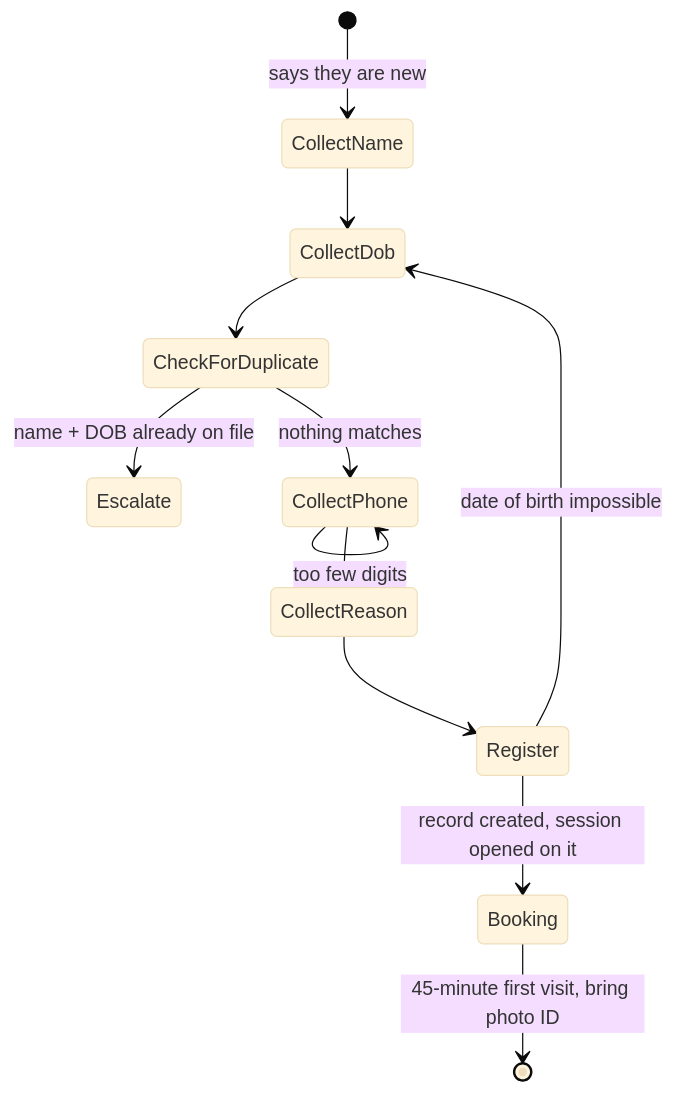
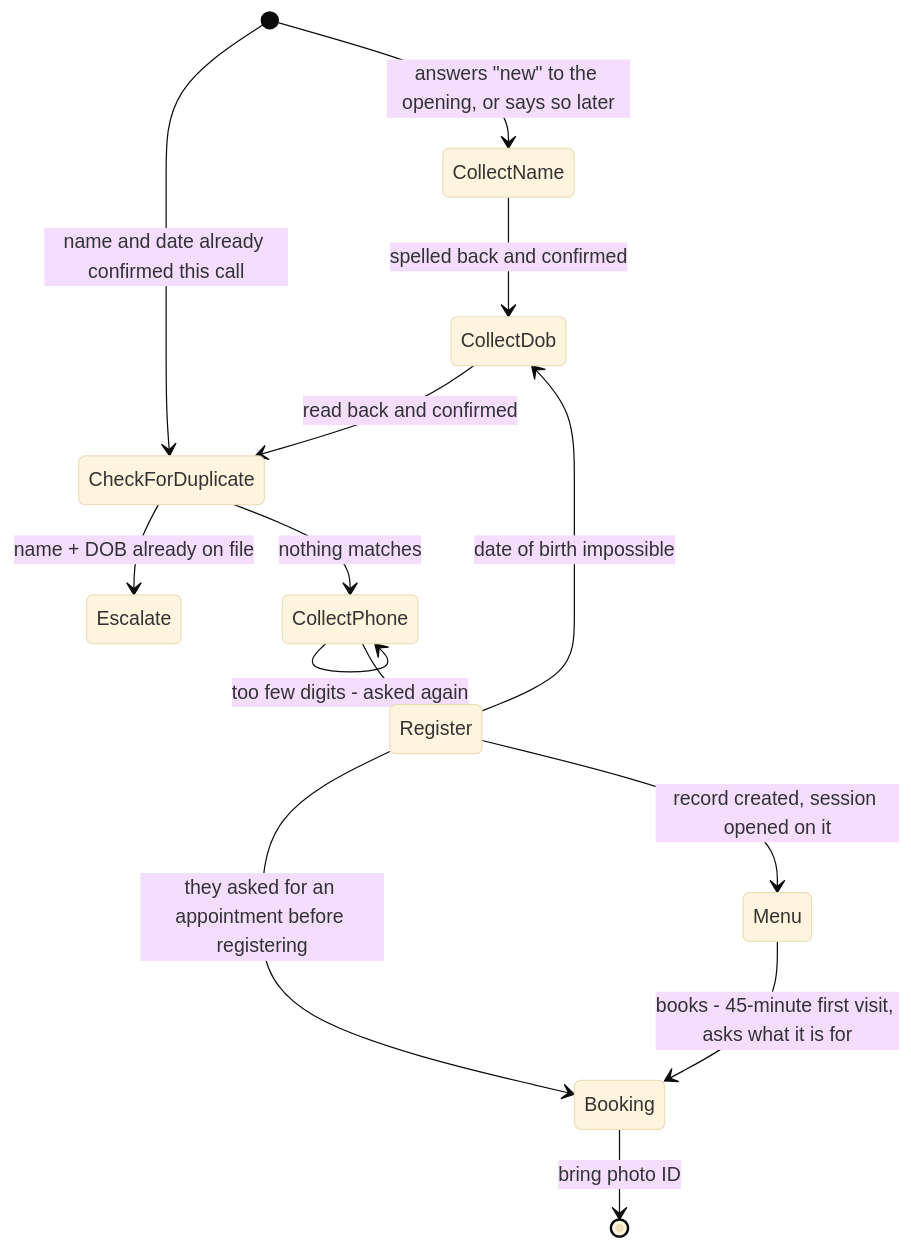
The second of 4 diagrams in docs/call-flows.md (Hannan2102/careline-ai), drawn with Mermaid (base theme) before and after one commit. The commit also changed other lines of this file and 73 other files, not shown here.

````diff
--- a/docs/call-flows.md
+++ b/docs/call-flows.md
@@ -29,14 +83,17 @@
 ```mermaid
 stateDiagram-v2
-  [*] --> CollectName: says they are new
-  CollectName --> CollectDob
-  CollectDob --> CheckForDuplicate
+  [*] --> CollectName: answers "new" to the opening, or says so later
+  [*] --> CheckForDuplicate: name and date already confirmed this call
+  CollectName --> CollectDob: spelled back and confirmed
+  CollectDob --> CheckForDuplicate: read back and confirmed
   CheckForDuplicate --> Escalate: name + DOB already on file
   CheckForDuplicate --> CollectPhone: nothing matches
-  CollectPhone --> CollectPhone: too few digits
-  CollectPhone --> CollectReason
-  CollectReason --> Register
+  CollectPhone --> CollectPhone: part of the number - "go on", joined to the next turn
+  CollectPhone --> CollectPhone: too few digits - asked again
+  CollectPhone --> Register
   Register --> CollectDob: date of birth impossible
-  Register --> Booking: record created, session opened on it
-  Booking --> [*]: 45-minute first visit, bring photo ID
+  Register --> Menu: record created, session opened on it
+  Register --> Booking: they asked for an appointment before registering
+  Menu --> Booking: books - 45-minute first visit, asks what it is for
+  Booking --> [*]: bring photo ID
 ```
````
